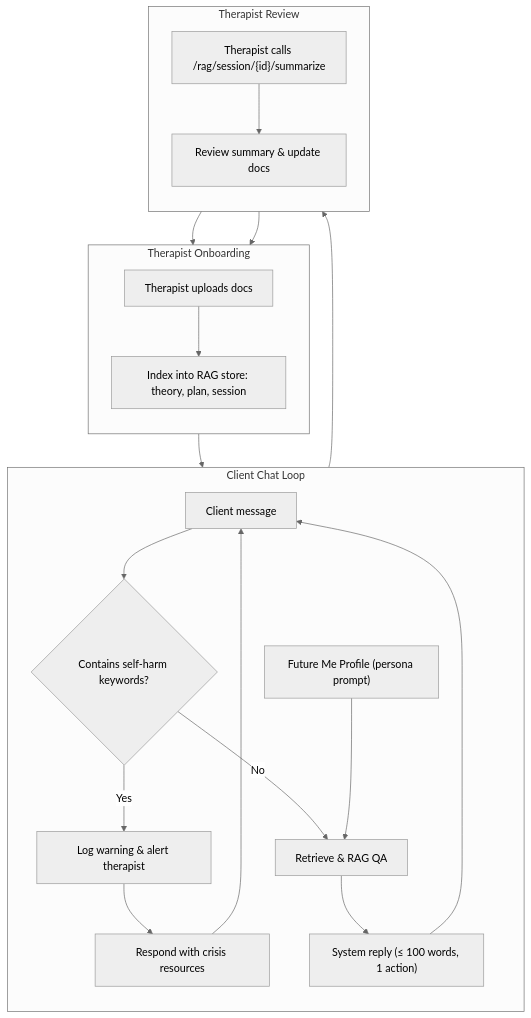
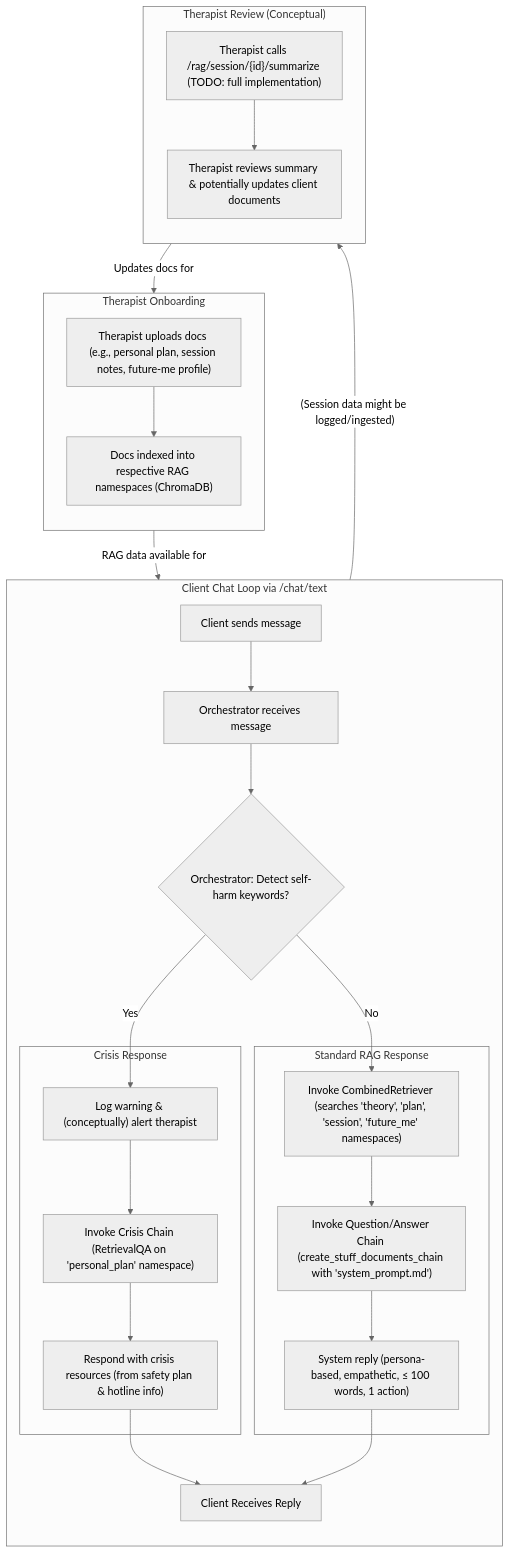
One commit to davidf9999/dear_future_me changed the diagram in README.md. Above: the diagram before and after it, drawn with Mermaid (neutral theme). The commit also changed other lines of this file and 2 other files, not shown here.

````diff
--- a/README.md
+++ b/README.md
@@ -26,42 +27,52 @@
 ```mermaid
 flowchart TD
 
   %% ── Top: Onboarding ───────────────────────────────────────
   subgraph Onboarding["Therapist Onboarding"]
     direction TB
-    OA["Therapist uploads docs"]
-    OB["Index into RAG store: theory, plan, session"]
+    OA["Therapist uploads docs (e.g., personal plan, session notes, future-me profile)"]
+    OB["Docs indexed into respective RAG namespaces (ChromaDB)"]
     OA --> OB
   end
 
   %% ── Middle: Client Chat Loop ─────────────────────────────
-  subgraph ChatLoop["Client Chat Loop"]
+  subgraph ChatLoop["Client Chat Loop via /chat/text"]
     direction TB
-    CA["Client message"]
-    CB{"Contains self-harm keywords?"}
-    CC["Log warning & alert therapist"]
-    CD["Respond with crisis resources"]
-    CE["Retrieve & RAG QA"]
-    CF["System reply (≤ 100 words, 1 action)"]
-    FMP["Future Me Profile (persona prompt)"]
+    CLIENT_MSG["Client sends message"]
+    ORCH["Orchestrator receives message"]
+    DETECT_RISK{"Orchestrator: Detect self-harm keywords?"}
+    
+    subgraph CrisisPath [Crisis Response]
+        LOG_ALERT_CRISIS["Log warning & (conceptually) alert therapist"]
+        CRISIS_CHAIN["Invoke Crisis Chain (RetrievalQA on 'personal_plan' namespace)"]
+        CRISPLY["Respond with crisis resources (from safety plan & hotline info)"]
+    end
 
-    CA --> CB
-    CB -- Yes --> CC --> CD --> CA
-    CB -- No  --> CE --> CF --> CA
-    FMP --> CE
+    subgraph RagPath [Standard RAG Response]
+        COMBINED_RETRIEVER["Invoke CombinedRetriever (searches 'theory', 'plan', 'session', 'future_me' namespaces)"]
+        QUESTION_ANSWER_CHAIN["Invoke Question/Answer Chain (create_stuff_documents_chain with 'system_prompt.md')"]
+        RAG_REPLY["System reply (persona-based, empathetic, ≤ 100 words, 1 action)"]
+    end
+
+    CLIENT_MSG --> ORCH
+    ORCH --> DETECT_RISK
+    DETECT_RISK -- Yes --> LOG_ALERT_CRISIS --> CRISIS_CHAIN --> CRISPLY
+    DETECT_RISK -- No  --> COMBINED_RETRIEVER --> QUESTION_ANSWER_CHAIN --> RAG_REPLY
+    
+    CRISPLY --> CLIENT_MSG_LOOP_END[Client Receives Reply]
+    RAG_REPLY --> CLIENT_MSG_LOOP_END
   end
 
   %% ── Bottom: Therapist Review ─────────────────────────────
-  subgraph Review["Therapist Review"]
+  subgraph Review["Therapist Review (Conceptual)"]
     direction TB
-    RA["Therapist calls /rag/session/{id}/summarize"]
-    RB["Review summary & update docs"]
+    RA["Therapist calls /rag/session/{id}/summarize (TODO: full implementation)"]
+    RB["Therapist reviews summary & potentially updates client documents"]
     RA --> RB
   end
 
   %% ── Cross-stage links ────────────────────────────────────
-  OB --> CA
-  CF --> RA
-  RB --> OB
-  RB --> OA
+  OB -- RAG data available for --> ChatLoop
+  CLIENT_MSG_LOOP_END -- (Session data might be logged/ingested) --> RA
+  RB -- Updates docs for --> OB
 ```
````
